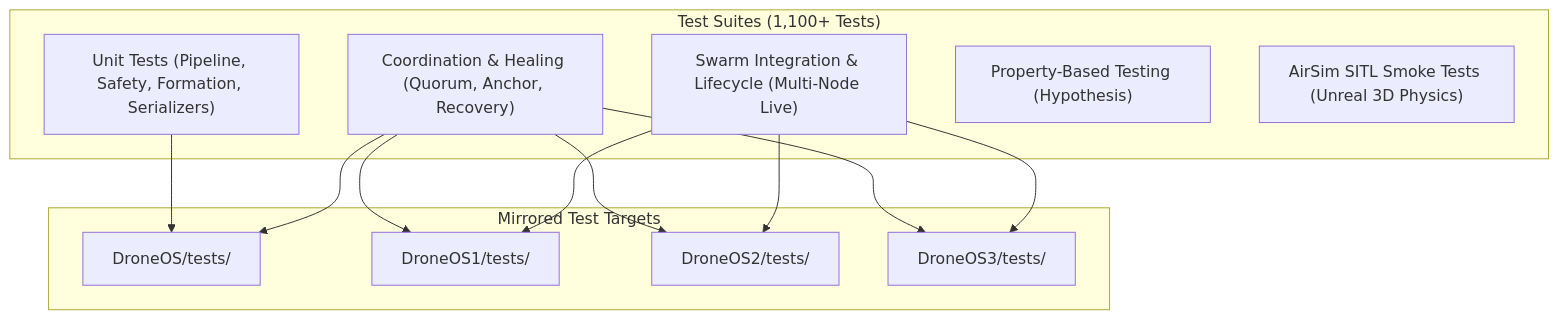
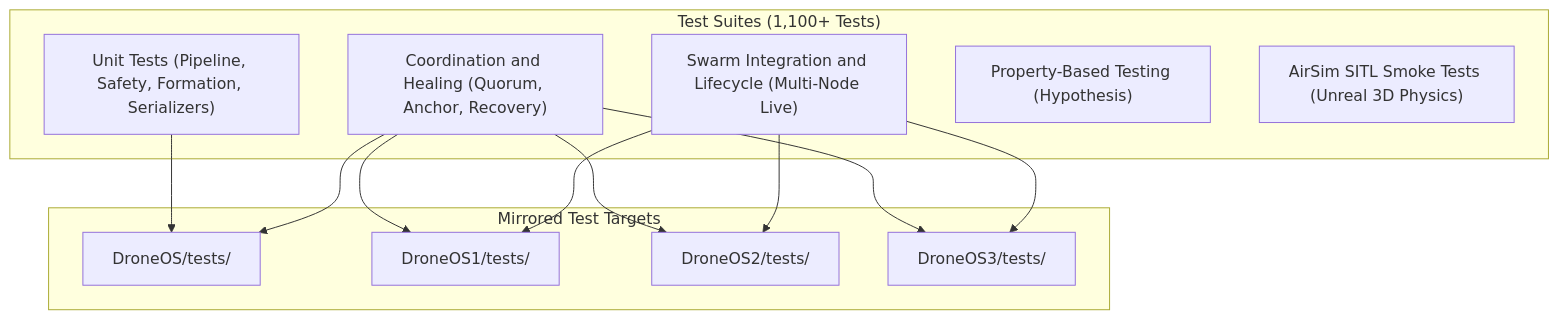
Before and after one commit to Debanshu2005/DroneSwarm: the diagram in doc/handoff/testing-and-verification.md, drawn with Mermaid. The commit also changed other lines of this file and 11 other files, not shown here.

Commit message:
docs: add comprehensive system architecture and user guides for phoneos swarm

````diff
--- a/doc/handoff/testing-and-verification.md
+++ b/doc/handoff/testing-and-verification.md
@@ -7,26 +7,26 @@
 ```mermaid
-graph TD
+flowchart TD
     subgraph Suites["Test Suites (1,100+ Tests)"]
         Unit["Unit Tests (Pipeline, Safety, Formation, Serializers)"]
-        Coord["Coordination & Healing (Quorum, Anchor, Recovery)"]
-        Integration["Swarm Integration & Lifecycle (Multi-Node Live)"]
+        Coord["Coordination and Healing (Quorum, Anchor, Recovery)"]
+        Integration["Swarm Integration and Lifecycle (Multi-Node Live)"]
         Property["Property-Based Testing (Hypothesis)"]
         SimSmoke["AirSim SITL Smoke Tests (Unreal 3D Physics)"]
     end
 
     subgraph Packages["Mirrored Test Targets"]
         T0["DroneOS/tests/"]
         T1["DroneOS1/tests/"]
         T2["DroneOS2/tests/"]
         T3["DroneOS3/tests/"]
     end
 
     Unit --> T0
     Coord --> T0
     Coord --> T1
     Coord --> T2
     Coord --> T3
     Integration --> T1
     Integration --> T2
     Integration --> T3
 ```
````
